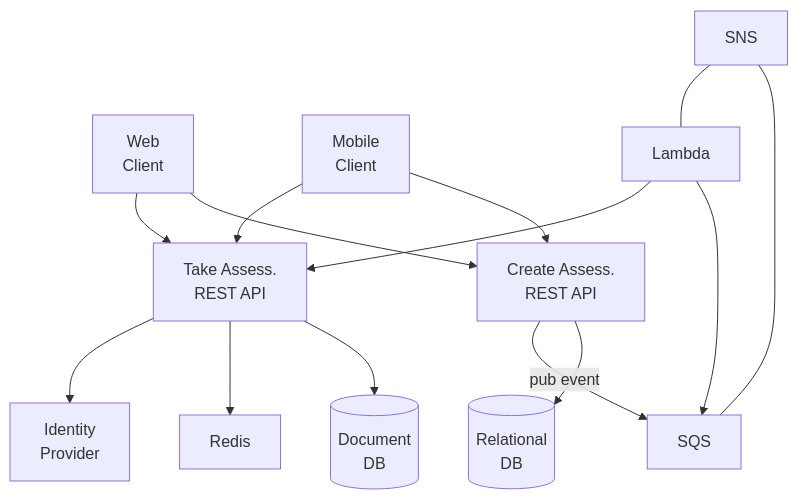
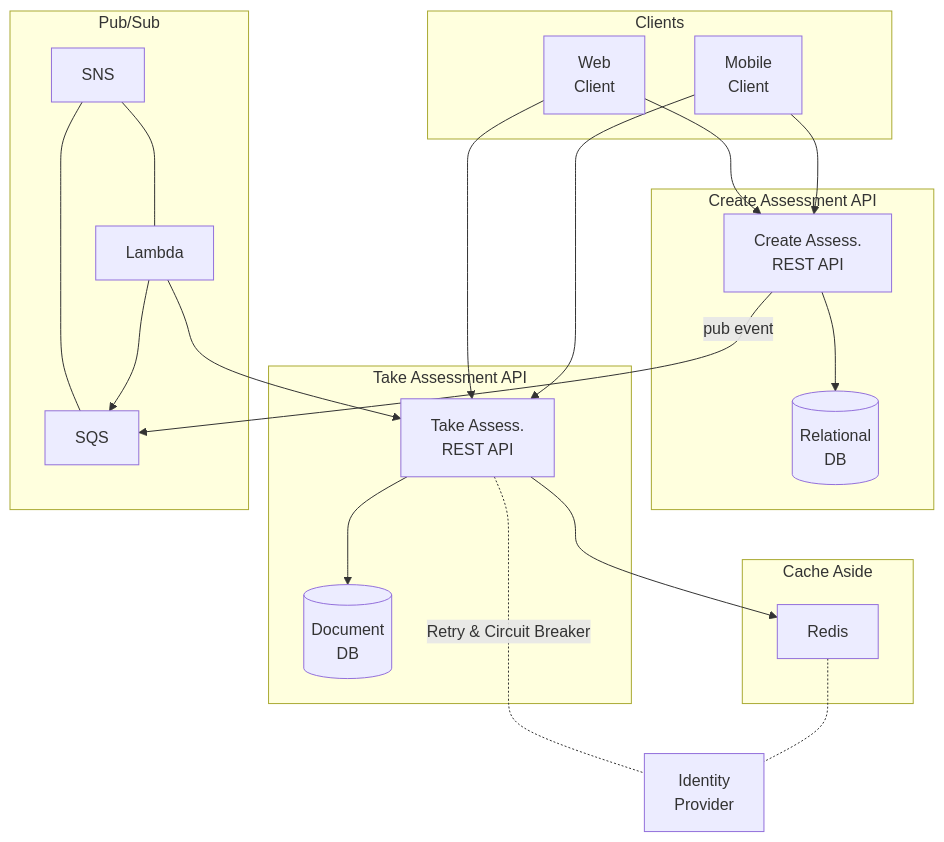
The second of 2 diagrams in README.md (demaskey/architecture-brainstorm), drawn with Mermaid before and after one commit.

````diff
--- a/README.md
+++ b/README.md
@@ -47,31 +47,45 @@
 ``` mermaid
-flowchart 
-    webClient["Web 
-    Client"] 
-    apiCreate["Create Assess. 
-    REST API"]
-    mobileClient["Mobile
-    Client"]
-    apiTake["Take Assess.
-    REST API"]
-
-    webClient & mobileClient --> apiCreate & apiTake
-
-    createdDb[("Relational
-    DB")]
-    apiCreate --> createdDb
-
-    apiCreate --> |pub event|sqs[SQS]
-    sns[SNS] --- sqs & lambda[Lambda]
-    lambda --> sqs & apiTake
-
-    takeDb[("Document
-    DB")]
-    apiTake --> takeDb
-
-    redisCache[Redis]
+flowchart TB
+    subgraph Clients
+        webClient["Web 
+        Client"] 
+        mobileClient["Mobile
+        Client"]
+    end
+    subgraph Create Assessment API
+        apiCreate["Create Assess. 
+        REST API"]
+        createdDb[("Relational
+        DB")]
+    end
+    subgraph Take Assessment API
+        apiTake["Take Assess.
+        REST API"]
+        takeDb[("Document
+        DB")]
+    end
+    subgraph Pub/Sub
+        sqs[SQS]
+        lambda[Lambda]
+        sns[SNS]
+    end
+    subgraph Cache Aside
+        redisCache[Redis]
+    end
     idp["Identity
     Provider"]
 
-    apiTake --> redisCache & idp
+    webClient & mobileClient --> apiCreate & apiTake
+    
+    apiCreate --> createdDb
+
+    apiCreate --> |pub event|sqs
+    sns --- sqs & lambda
+    lambda --> sqs & apiTake
+
+    apiTake --> takeDb
+
+    apiTake --> redisCache
+    apiTake -.- |Retry & Circuit Breaker|idp
+    redisCache -.- idp
 ```
````
